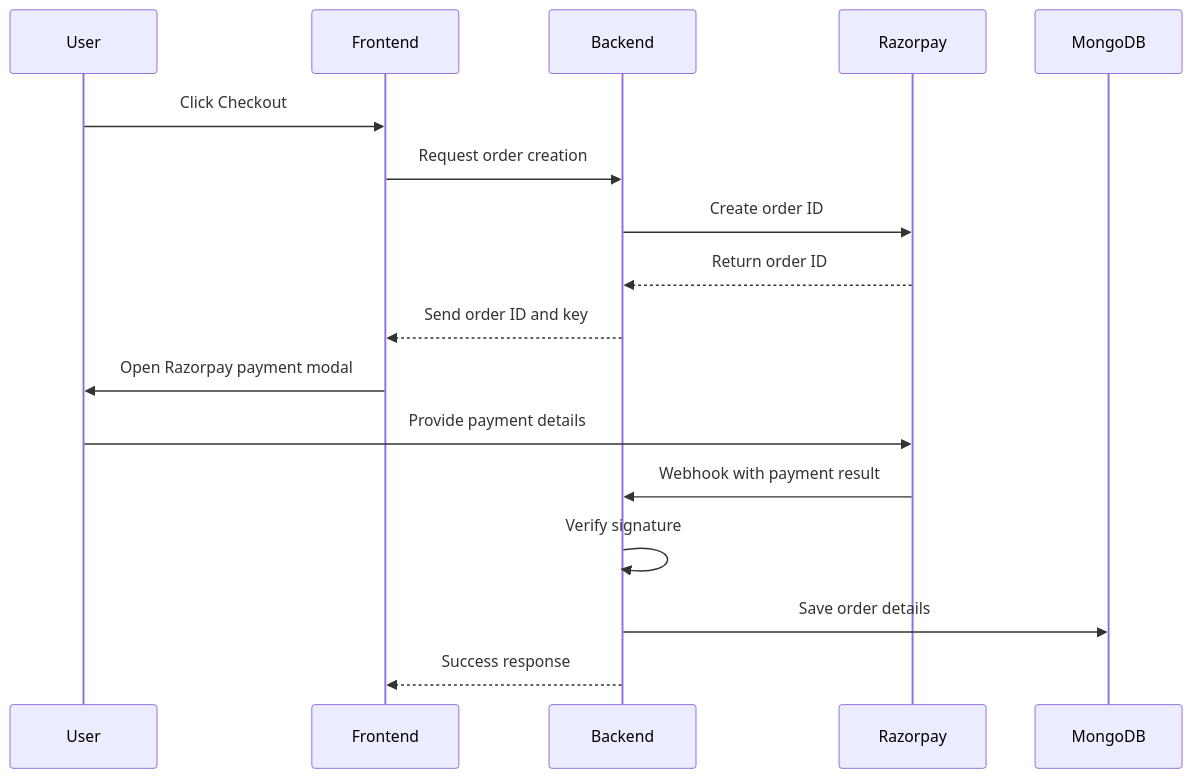
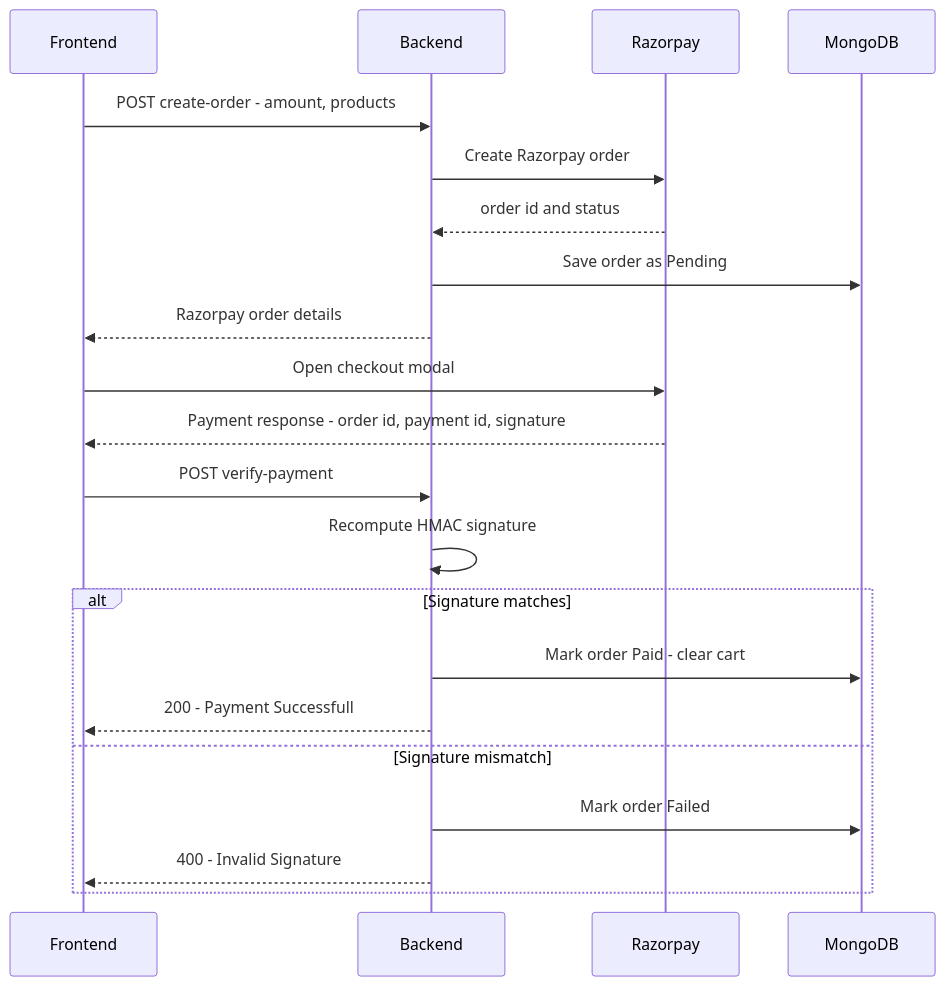
One commit to sandhya144/Zeptronics changed the fourth of 5 diagrams in README.md. Above: the diagram before and after it, drawn with Mermaid. The commit also changed other lines of this file, not shown here.

````diff
--- a/README.md
+++ b/README.md
@@ -183,20 +198,27 @@
 ```mermaid
 sequenceDiagram
-    participant User
-    participant Frontend
-    participant Backend
-    participant Razorpay
-    participant MongoDB
+    participant F as Frontend
+    participant B as Backend
+    participant R as Razorpay
+    participant M as MongoDB
 
-    User->>Frontend: Click Checkout
-    Frontend->>Backend: Request order creation
-    Backend->>Razorpay: Create order ID
-    Razorpay-->>Backend: Return order ID
-    Backend-->>Frontend: Send order ID and key
-    Frontend->>User: Open Razorpay payment modal
-    User->>Razorpay: Provide payment details
-    Razorpay->>Backend: Webhook with payment result
-    Backend->>Backend: Verify signature
-    Backend->>MongoDB: Save order details
-    Backend-->>Frontend: Success response
+    F->>B: POST create-order - amount, products
+    B->>R: Create Razorpay order
+    R-->>B: order id and status
+    B->>M: Save order as Pending
+    B-->>F: Razorpay order details
+
+    F->>R: Open checkout modal
+    R-->>F: Payment response - order id, payment id, signature
+
+    F->>B: POST verify-payment
+    B->>B: Recompute HMAC signature
+
+    alt Signature matches
+        B->>M: Mark order Paid - clear cart
+        B-->>F: 200 - Payment Successfull
+    else Signature mismatch
+        B->>M: Mark order Failed
+        B-->>F: 400 - Invalid Signature
+    end
 ```
````
